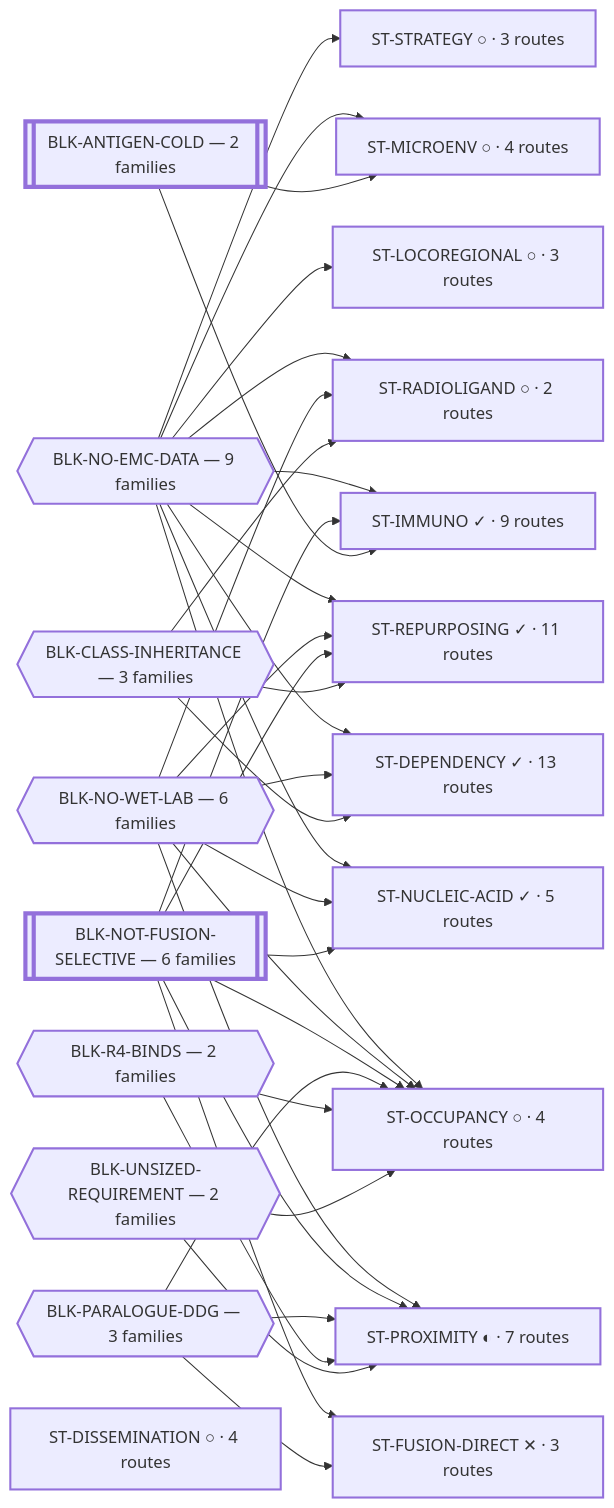
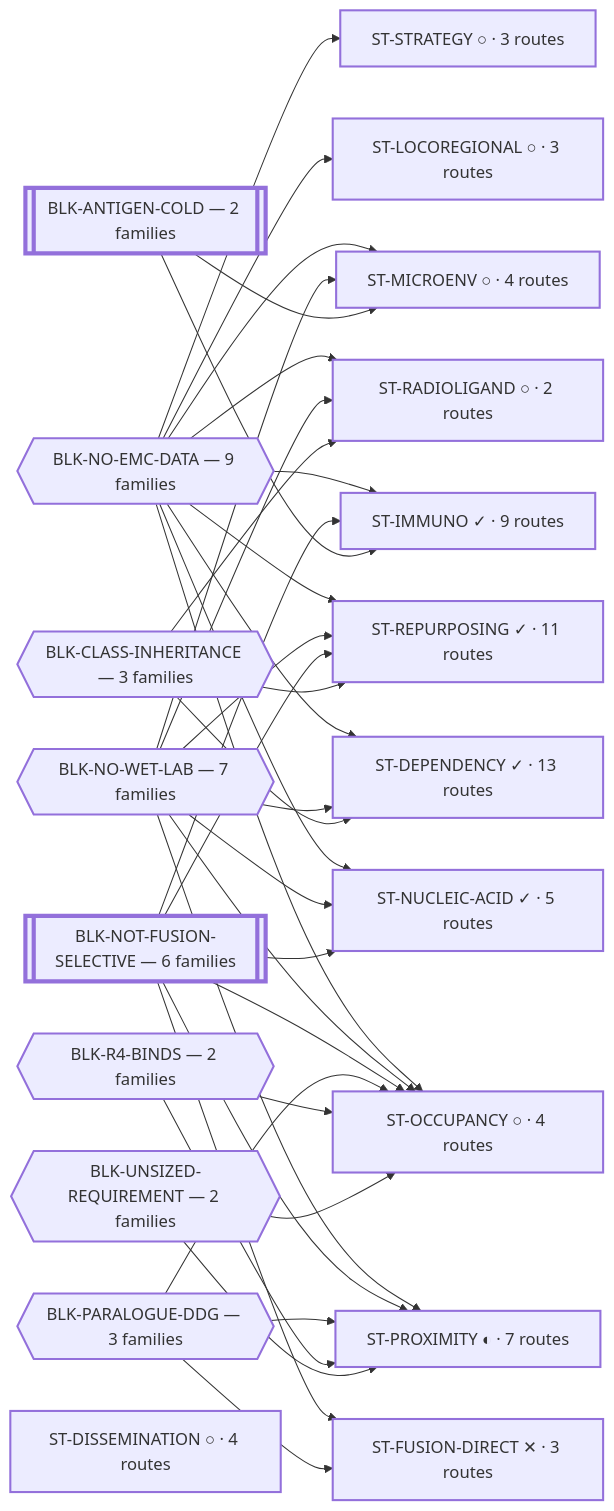
Before and after one commit to trimcrae/Rare-cancers: the diagram in systems/views/L0-ecosystem.md, drawn with Mermaid. The commit also changed other lines of this file and 28 other files, not shown here.

````diff
--- a/systems/views/L0-ecosystem.md
+++ b/systems/views/L0-ecosystem.md
@@ -33,62 +33,63 @@
 ```mermaid
 flowchart LR
   BLK_NO_EMC_DATA{{"BLK-NO-EMC-DATA — 9 families"}}:::blk
-  BLK_NO_WET_LAB{{"BLK-NO-WET-LAB — 6 families"}}:::blk
+  BLK_NO_WET_LAB{{"BLK-NO-WET-LAB — 7 families"}}:::blk
   BLK_NOT_FUSION_SELECTIVE[["BLK-NOT-FUSION-SELECTIVE — 6 families"]]:::perm
   BLK_CLASS_INHERITANCE{{"BLK-CLASS-INHERITANCE — 3 families"}}:::blk
   BLK_PARALOGUE_DDG{{"BLK-PARALOGUE-DDG — 3 families"}}:::blk
   BLK_ANTIGEN_COLD[["BLK-ANTIGEN-COLD — 2 families"]]:::perm
   BLK_R4_BINDS{{"BLK-R4-BINDS — 2 families"}}:::blk
   BLK_UNSIZED_REQUIREMENT{{"BLK-UNSIZED-REQUIREMENT — 2 families"}}:::blk
 
   ST_DEPENDENCY["ST-DEPENDENCY ✓ · 13 routes"]:::fam
   ST_REPURPOSING["ST-REPURPOSING ✓ · 11 routes"]:::fam
   ST_IMMUNO["ST-IMMUNO ✓ · 9 routes"]:::fam
   ST_PROXIMITY["ST-PROXIMITY ◐ · 7 routes"]:::fam
   ST_NUCLEIC_ACID["ST-NUCLEIC-ACID ✓ · 5 routes"]:::fam
   ST_DISSEMINATION["ST-DISSEMINATION ○ · 4 routes"]:::fam
   ST_MICROENV["ST-MICROENV ○ · 4 routes"]:::fam
   ST_OCCUPANCY["ST-OCCUPANCY ○ · 4 routes"]:::fam
   ST_FUSION_DIRECT["ST-FUSION-DIRECT ✕ · 3 routes"]:::fam
   ST_LOCOREGIONAL["ST-LOCOREGIONAL ○ · 3 routes"]:::fam
   ST_STRATEGY["ST-STRATEGY ○ · 3 routes"]:::fam
   ST_RADIOLIGAND["ST-RADIOLIGAND ○ · 2 routes"]:::fam
 
   BLK_NO_EMC_DATA --> ST_DEPENDENCY
   BLK_NO_EMC_DATA --> ST_IMMUNO
   BLK_NO_EMC_DATA --> ST_LOCOREGIONAL
   BLK_NO_EMC_DATA --> ST_MICROENV
   BLK_NO_EMC_DATA --> ST_NUCLEIC_ACID
   BLK_NO_EMC_DATA --> ST_OCCUPANCY
   BLK_NO_EMC_DATA --> ST_RADIOLIGAND
   BLK_NO_EMC_DATA --> ST_REPURPOSING
   BLK_NO_EMC_DATA --> ST_STRATEGY
   BLK_NO_WET_LAB --> ST_DEPENDENCY
+  BLK_NO_WET_LAB --> ST_MICROENV
   BLK_NO_WET_LAB --> ST_NUCLEIC_ACID
   BLK_NO_WET_LAB --> ST_OCCUPANCY
   BLK_NO_WET_LAB --> ST_PROXIMITY
   BLK_NO_WET_LAB --> ST_RADIOLIGAND
   BLK_NO_WET_LAB --> ST_REPURPOSING
   BLK_NOT_FUSION_SELECTIVE --> ST_FUSION_DIRECT
   BLK_NOT_FUSION_SELECTIVE --> ST_IMMUNO
   BLK_NOT_FUSION_SELECTIVE --> ST_NUCLEIC_ACID
   BLK_NOT_FUSION_SELECTIVE --> ST_OCCUPANCY
   BLK_NOT_FUSION_SELECTIVE --> ST_PROXIMITY
   BLK_NOT_FUSION_SELECTIVE --> ST_REPURPOSING
   BLK_CLASS_INHERITANCE --> ST_DEPENDENCY
   BLK_CLASS_INHERITANCE --> ST_RADIOLIGAND
   BLK_CLASS_INHERITANCE --> ST_REPURPOSING
   BLK_PARALOGUE_DDG --> ST_FUSION_DIRECT
   BLK_PARALOGUE_DDG --> ST_OCCUPANCY
   BLK_PARALOGUE_DDG --> ST_PROXIMITY
   BLK_ANTIGEN_COLD --> ST_IMMUNO
   BLK_ANTIGEN_COLD --> ST_MICROENV
   BLK_R4_BINDS --> ST_OCCUPANCY
   BLK_R4_BINDS --> ST_PROXIMITY
   BLK_UNSIZED_REQUIREMENT --> ST_OCCUPANCY
   BLK_UNSIZED_REQUIREMENT --> ST_PROXIMITY
   classDef fam stroke-width:2px;
   classDef blk stroke-width:2px;
   classDef perm stroke-width:4px;
   classDef tech stroke-width:1px,stroke-dasharray:4 3;
 ```
````
